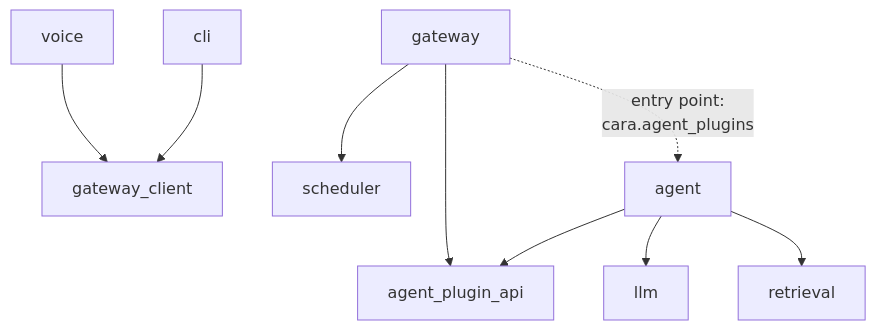
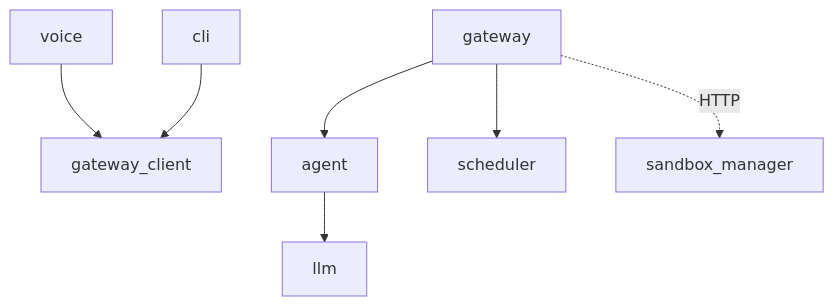
The second of 2 diagrams in README.md (mathisarends/cara), drawn with Mermaid before and after one commit. The commit also changed other lines of this file and 72 other files, not shown here.

Commit message:
feat: move agent runtime into gateway

````diff
--- a/README.md
+++ b/README.md
@@ -88,17 +83,14 @@
 ```mermaid
 flowchart TD
     voice --> gateway_client
     cli --> gateway_client
-    gateway --> agent_plugin_api
+    gateway --> agent
     gateway --> scheduler
-    agent --> agent_plugin_api
     agent --> llm
-    agent --> retrieval
-    gateway -.->|"entry point:<br/>cara.agent_plugins"| agent
+    gateway -.->|"HTTP"| sandbox_manager
 
     gateway_client
-    agent_plugin_api
+    sandbox_manager
     scheduler
     llm
-    retrieval
 ```
````
